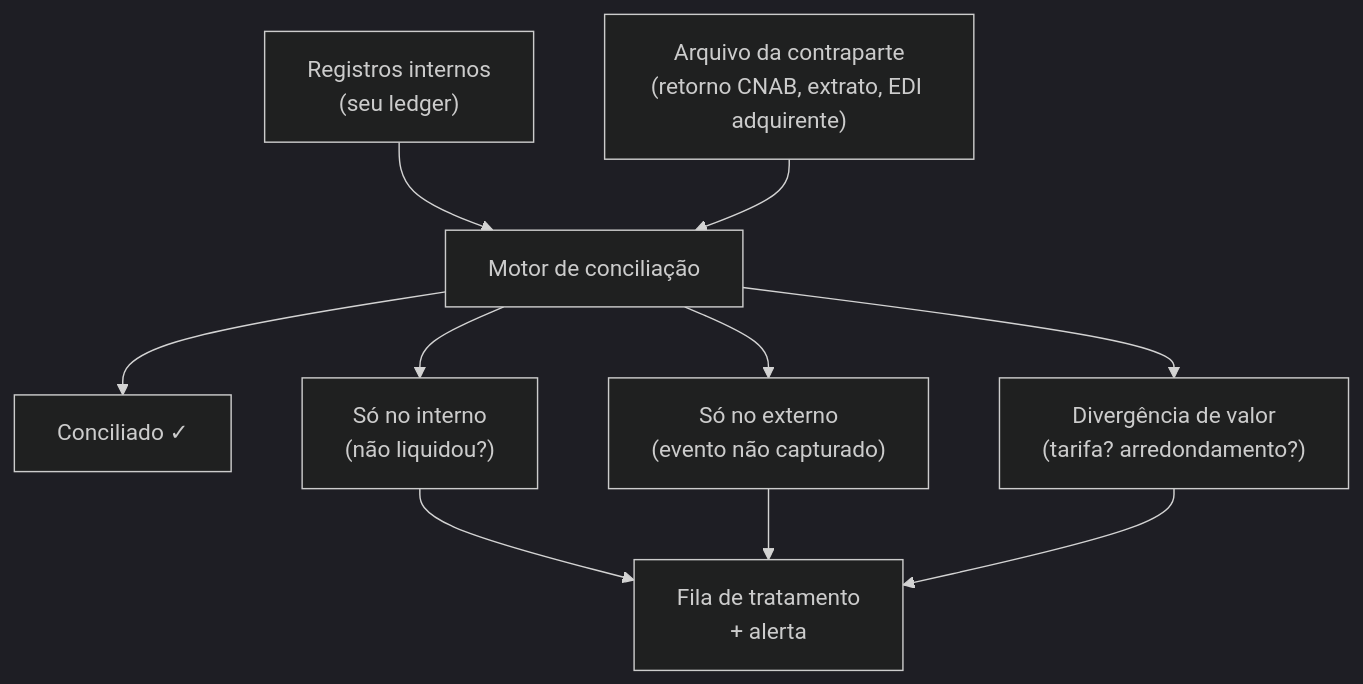
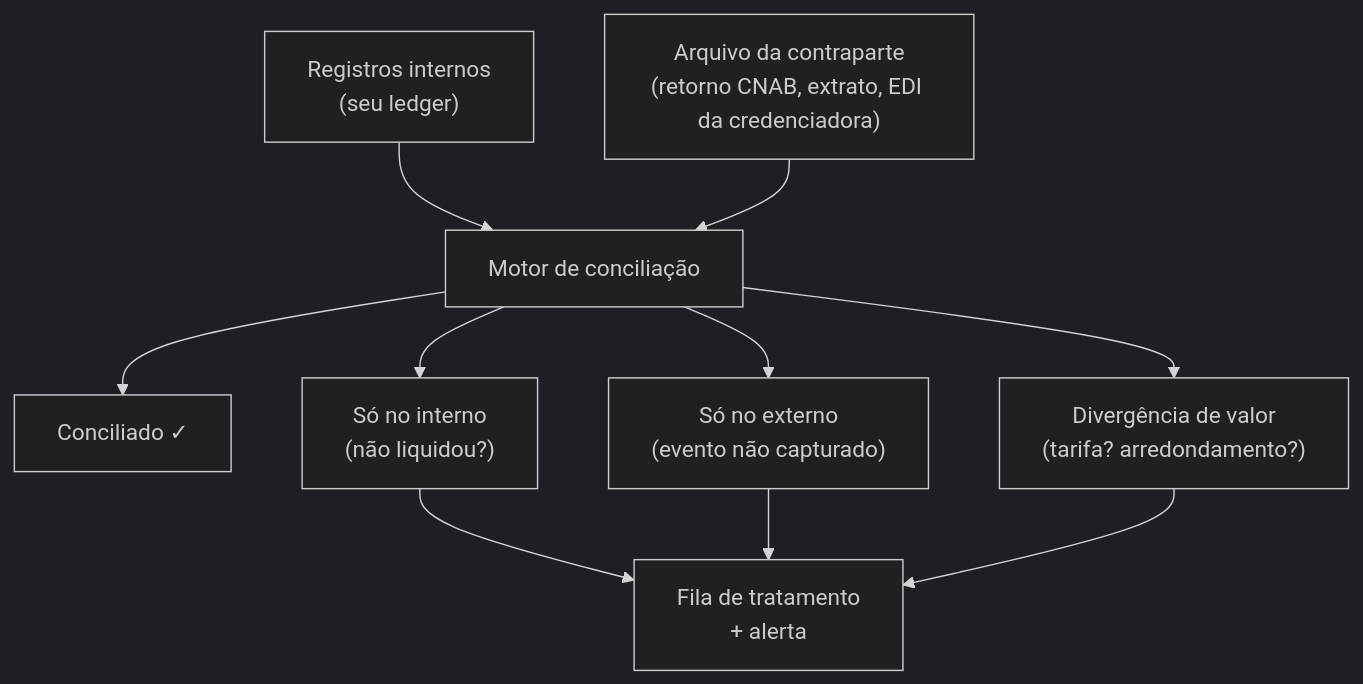
Before and after one commit to danielbfr3/sobre_aws: diagram 20 of 23 in apostila-sistema-financeiro-brasileiro-dev.md, drawn with Mermaid (dark theme). The commit also changed other lines of this file, not shown here.

````diff
--- a/apostila-sistema-financeiro-brasileiro-dev.md
+++ b/apostila-sistema-financeiro-brasileiro-dev.md
@@ -2217,12 +2978,12 @@
 ```mermaid
 graph TB
     INT["Registros internos<br/>(seu ledger)"] --> CONC["Motor de conciliação"]
-    EXT["Arquivo da contraparte<br/>(retorno CNAB, extrato, EDI adquirente)"] --> CONC
+    EXT["Arquivo da contraparte<br/>(retorno CNAB, extrato, EDI da credenciadora)"] --> CONC
     CONC --> OK["Conciliado ✓"]
     CONC --> D1["Só no interno<br/>(não liquidou?)"]
     CONC --> D2["Só no externo<br/>(evento não capturado)"]
     CONC --> D3["Divergência de valor<br/>(tarifa? arredondamento?)"]
     D1 --> TRAT["Fila de tratamento<br/>+ alerta"]
     D2 --> TRAT
     D3 --> TRAT
 ```
````
